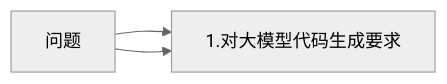
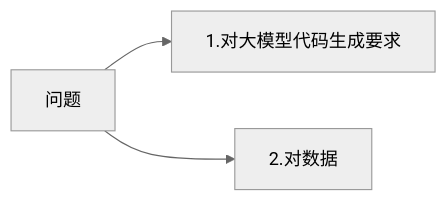
The diagram in all/组件数据存储-1.md (yingjianzh/iodraw-files), drawn with Mermaid (neutral theme) before and after one commit.

Commit message:
2025-02-14 10:33:56 update

````diff
--- a/all/组件数据存储-1.md
+++ b/all/组件数据存储-1.md
@@ -1,7 +1,7 @@
 ```mermaid
 flowchart LR
     问题 --> 1.对大模型代码生成要求
-    问题 --> 1.对大模型代码生成要求
+    问题 --> 2.对数据
     
   
 ```
````
